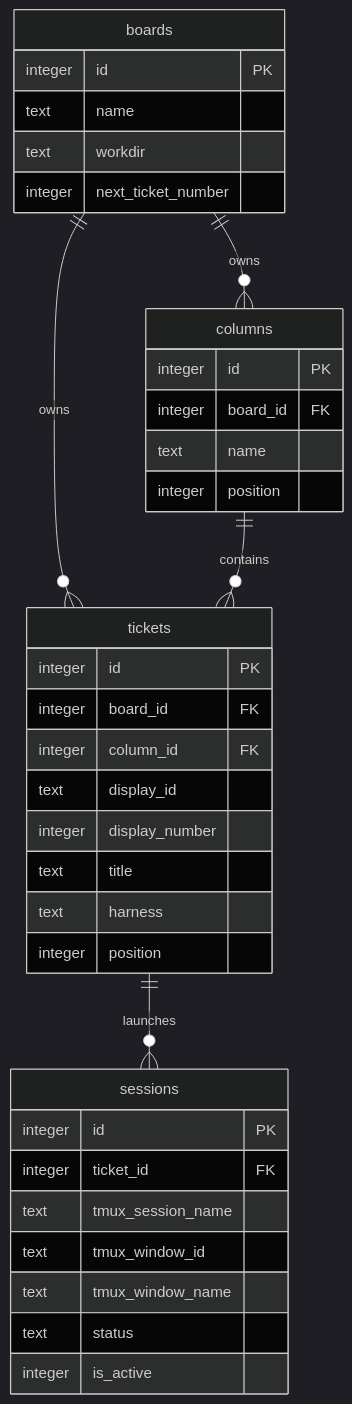
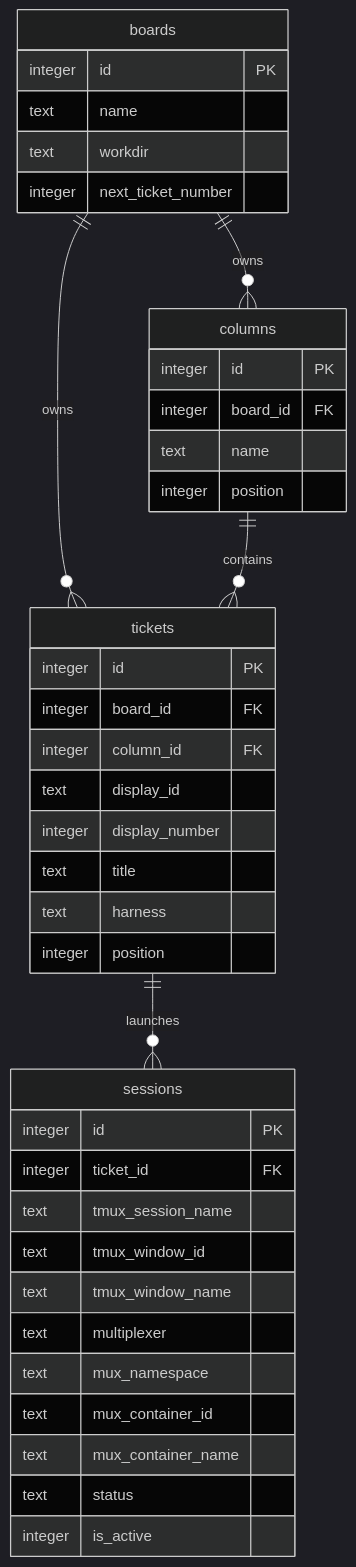
The first of 6 diagrams in docs/multi-board-behavior.md (carlotran4/kanbi), drawn with Mermaid (dark theme) before and after one commit. The commit also changed other lines of this file and 12 other files, not shown here.

````diff
--- a/docs/multi-board-behavior.md
+++ b/docs/multi-board-behavior.md
@@ -9,42 +9,46 @@
 ```mermaid
 erDiagram
   boards ||--o{ columns : owns
   boards ||--o{ tickets : owns
   columns ||--o{ tickets : contains
   tickets ||--o{ sessions : launches
 
   boards {
     integer id PK
     text name
     text workdir
     integer next_ticket_number
   }
 
   columns {
     integer id PK
     integer board_id FK
     text name
     integer position
   }
 
   tickets {
     integer id PK
     integer board_id FK
     integer column_id FK
     text display_id
     integer display_number
     text title
     text harness
     integer position
   }
 
   sessions {
     integer id PK
     integer ticket_id FK
     text tmux_session_name
     text tmux_window_id
     text tmux_window_name
+    text multiplexer
+    text mux_namespace
+    text mux_container_id
+    text mux_container_name
     text status
     integer is_active
   }
 ```
````
